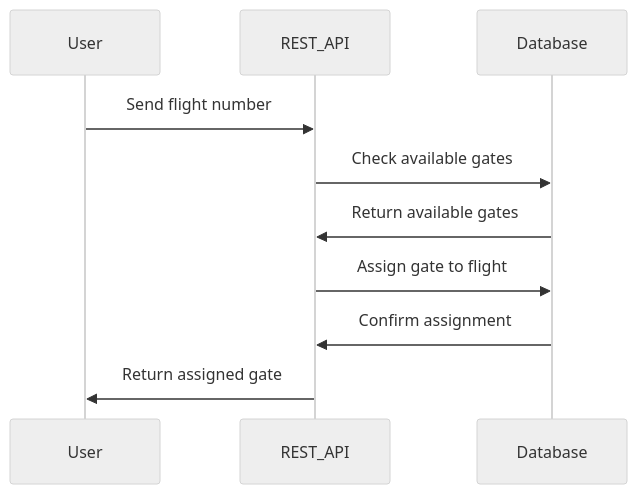
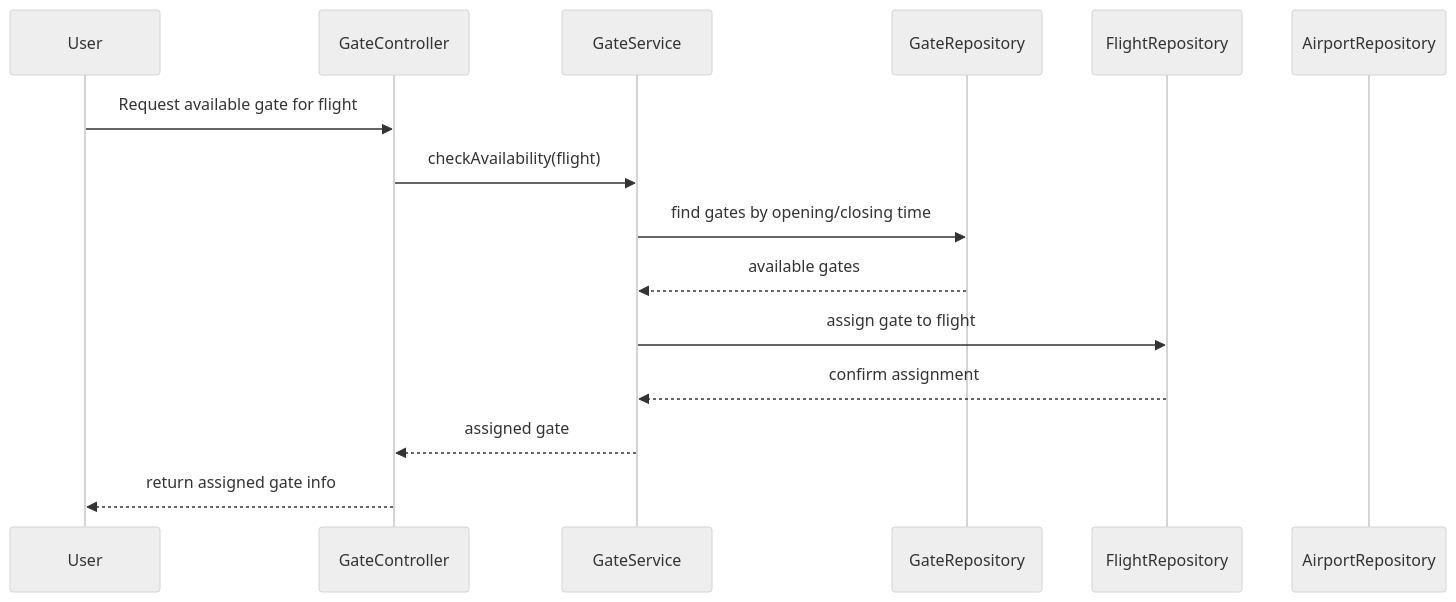
One commit to Maximuss1993/Airport_Gate_Management_System changed the second of 3 diagrams in Readme.md. Above: the diagram before and after it, drawn with Mermaid (neutral theme). The commit also changed other lines of this file, not shown here.

Commit message:
cleaned mermaid diagrams...

````diff
--- a/Readme.md
+++ b/Readme.md
@@ -106,13 +104,18 @@
 ```mermaid
 sequenceDiagram
     participant User
-    participant REST_API
-    participant Database
+    participant GateController
+    participant GateService
+    participant GateRepository
+    participant FlightRepository
+    participant AirportRepository
 
-    User->>REST_API: Send flight number
-    REST_API->>Database: Check available gates
-    Database->>REST_API: Return available gates
-    REST_API->>Database: Assign gate to flight
-    Database->>REST_API: Confirm assignment
-    REST_API->>User: Return assigned gate
+    User->>GateController: Request available gate for flight
+    GateController->>GateService: checkAvailability(flight)
+    GateService->>GateRepository: find gates by opening/closing time
+    GateRepository-->>GateService: available gates
+    GateService->>FlightRepository: assign gate to flight
+    FlightRepository-->>GateService: confirm assignment
+    GateService-->>GateController: assigned gate
+    GateController-->>User: return assigned gate info
 ```
````
